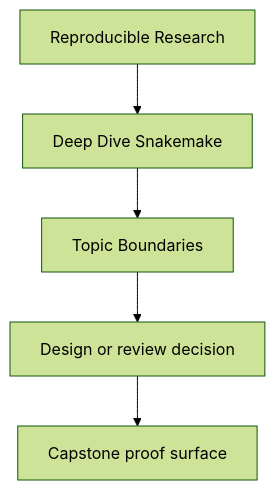
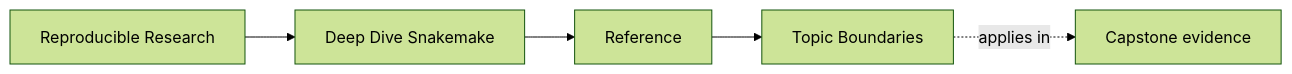
Before and after one commit to bijux/bijux-masterclass: the first of 2 diagrams in programs/reproducible-research/deep-dive-snakemake/course-book/reference/topic-boundaries.md, drawn with Mermaid (forest theme). The commit also changed other lines of this file and 149 other files, not shown here.

Commit message:
docs(deep-dive-snakemake): map workflow proof and operations surfaces

````diff
--- a/programs/reproducible-research/deep-dive-snakemake/course-book/reference/topic-boundaries.md
+++ b/programs/reproducible-research/deep-dive-snakemake/course-book/reference/topic-boundaries.md
@@ -7,7 +7,11 @@
 ```mermaid
-flowchart TD
-  family["Reproducible Research"] --> program["Deep Dive Snakemake"]
-  program --> reference["Topic Boundaries"]
-  reference --> review["Design or review decision"]
-  review --> capstone["Capstone proof surface"]
+graph LR
+  family["Reproducible Research"]
+  program["Deep Dive Snakemake"]
+  section["Reference"]
+  page["Topic Boundaries"]
+  capstone["Capstone evidence"]
+
+  family --> program --> section --> page
+  page -.applies in.-> capstone
 ```
````
